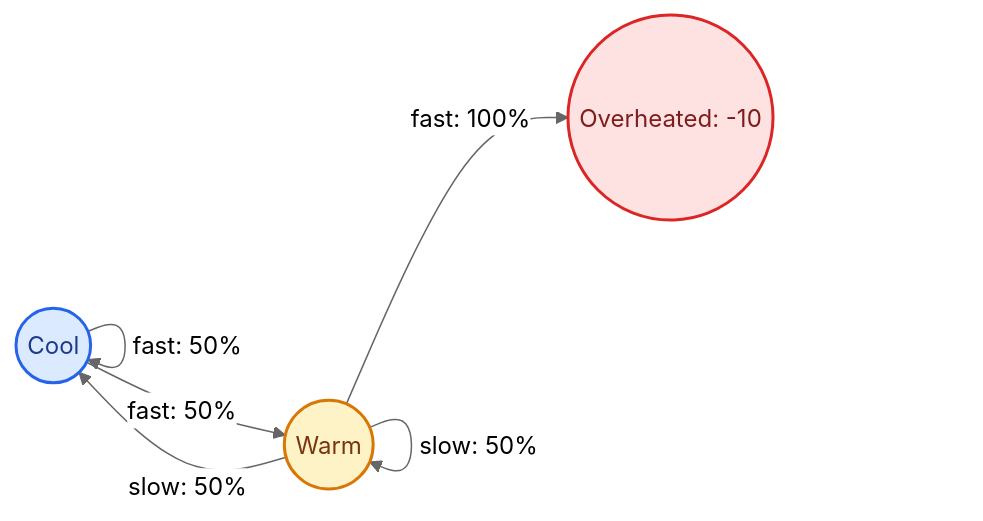
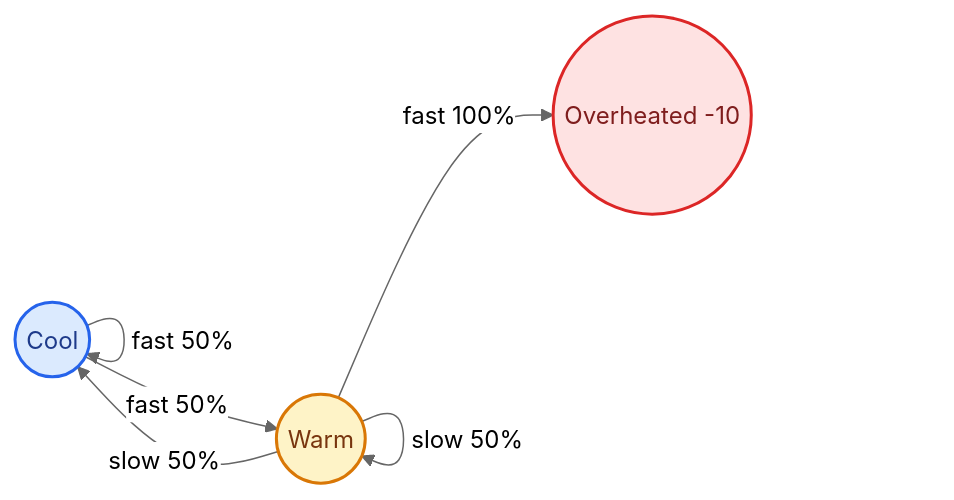
Diagram 28 of 31 in README.md (shimulshoishob/Artificial_Intelligence_CSE366), drawn with Mermaid (neutral theme) before and after one commit. The commit also changed other lines of this file, not shown here.

````diff
--- a/README.md
+++ b/README.md
@@ -1666,17 +1685,18 @@
 ```mermaid
 graph LR
-    Cool((Cool)) -->|slow: 100%| Cool
-    Cool -->|fast: 50%| Cool
-    Cool -->|fast: 50%| Warm((Warm))
-    Warm -->|slow: 50%| Cool
-    Warm -->|slow: 50%| Warm
-    Warm -->|fast: 100%| Overheat((Overheated: -10))
+    Cool((Cool)) -->|slow 100%| Cool
+    Cool -->|fast 50%| Cool
+    Cool -->|fast 50%| Warm((Warm))
 
-    classDef coolNode fill:#dbeafe,stroke:#2563eb,stroke-width:2px,color:#1e3a8a;
-    classDef warmNode fill:#fef3c7,stroke:#d97706,stroke-width:2px,color:#78350f;
-    classDef dangerNode fill:#fee2e2,stroke:#dc2626,stroke-width:2px,color:#7f1d1d;
+    Warm -->|slow 50%| Cool
+    Warm -->|slow 50%| Warm
+    Warm -->|fast 100%| Overheat((Overheated -10))
 
-    class Cool coolNode;
-    class Warm warmNode;
-    class Overheat dangerNode;
+    classDef coolNode fill:#dbeafe,stroke:#2563eb,stroke-width:2px,color:#1e3a8a
+    classDef warmNode fill:#fef3c7,stroke:#d97706,stroke-width:2px,color:#78350f
+    classDef dangerNode fill:#fee2e2,stroke:#dc2626,stroke-width:2px,color:#7f1d1d
+
+    class Cool coolNode
+    class Warm warmNode
+    class Overheat dangerNode
 ```
````
